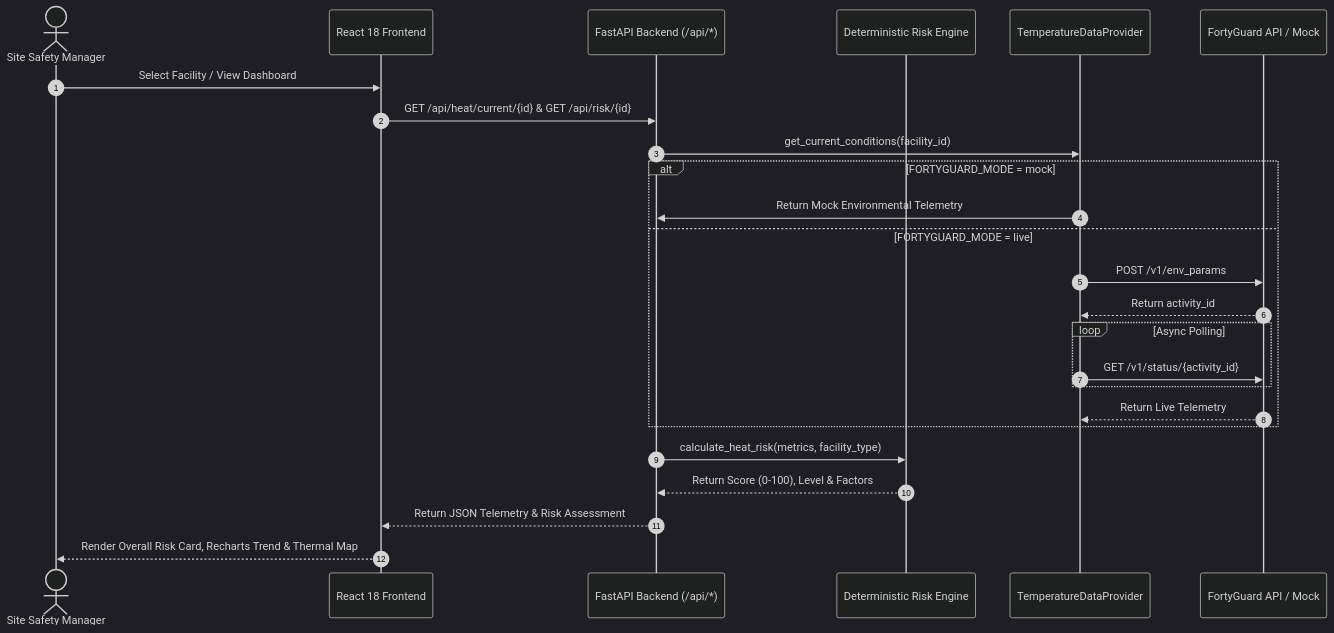
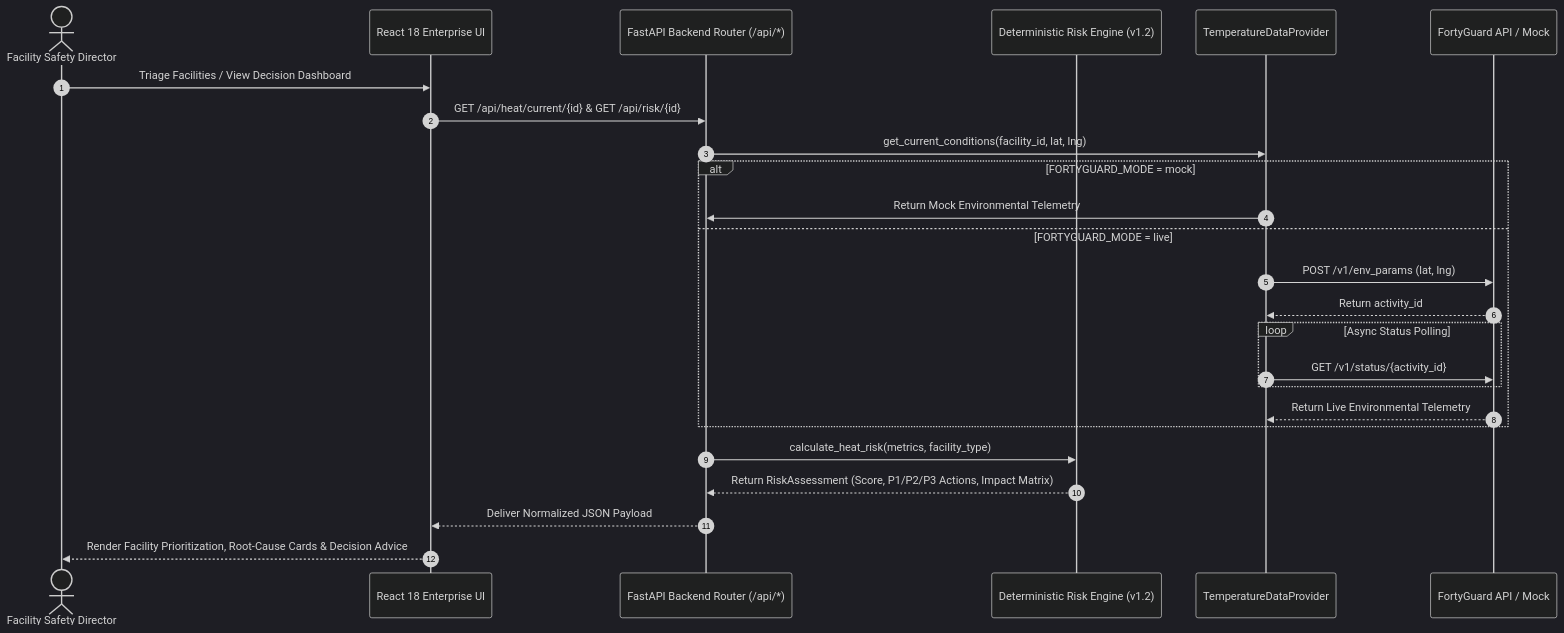
One commit to Farhan0629/HeatShield-AI changed the diagram in README.md. Above: the diagram before and after it, drawn with Mermaid (dark theme). The commit also changed other lines of this file, not shown here.

Commit message:
docs: Update comprehensive enterprise README with decision support pipeline, US portfolio, and live integration guide

````diff
--- a/README.md
+++ b/README.md
@@ -115,28 +151,28 @@
 ```mermaid
 sequenceDiagram
     autonumber
-    actor Supervisor as Site Safety Manager
-    participant React as React 18 Frontend
-    participant FastAPI as FastAPI Backend (/api/*)
-    participant Engine as Deterministic Risk Engine
+    actor Supervisor as Facility Safety Director
+    participant React as React 18 Enterprise UI
+    participant FastAPI as FastAPI Backend Router (/api/*)
+    participant Engine as Deterministic Risk Engine (v1.2)
     participant Provider as TemperatureDataProvider
     participant FortyGuard as FortyGuard API / Mock
 
-    Supervisor->>React: Select Facility / View Dashboard
+    Supervisor->>React: Triage Facilities / View Decision Dashboard
     React->>FastAPI: GET /api/heat/current/{id} & GET /api/risk/{id}
-    FastAPI->>Provider: get_current_conditions(facility_id)
+    FastAPI->>Provider: get_current_conditions(facility_id, lat, lng)
     alt FORTYGUARD_MODE = mock
         Provider->>FastAPI: Return Mock Environmental Telemetry
     else FORTYGUARD_MODE = live
-        Provider->>FortyGuard: POST /v1/env_params
+        Provider->>FortyGuard: POST /v1/env_params (lat, lng)
         FortyGuard-->>Provider: Return activity_id
-        loop Async Polling
+        loop Async Status Polling
             Provider->>FortyGuard: GET /v1/status/{activity_id}
         end
-        FortyGuard-->>Provider: Return Live Telemetry
+        FortyGuard-->>Provider: Return Live Environmental Telemetry
     end
     FastAPI->>Engine: calculate_heat_risk(metrics, facility_type)
-    Engine-->>FastAPI: Return Score (0-100), Level & Factors
-    FastAPI-->>React: Return JSON Telemetry & Risk Assessment
-    React-->>Supervisor: Render Overall Risk Card, Recharts Trend & Thermal Map
+    Engine-->>FastAPI: Return RiskAssessment (Score, P1/P2/P3 Actions, Impact Matrix)
+    FastAPI-->>React: Deliver Normalized JSON Payload
+    React-->>Supervisor: Render Facility Prioritization, Root-Cause Cards & Decision Advice
 ```
````
